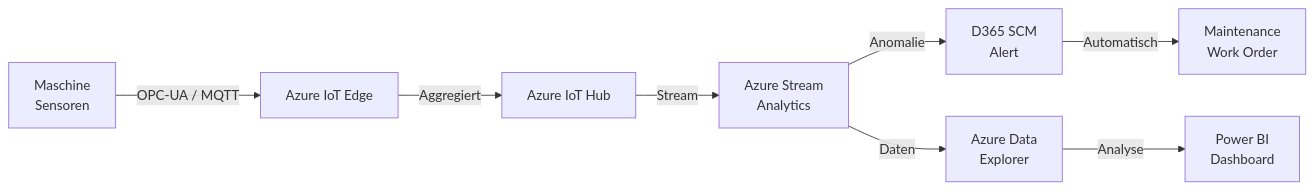
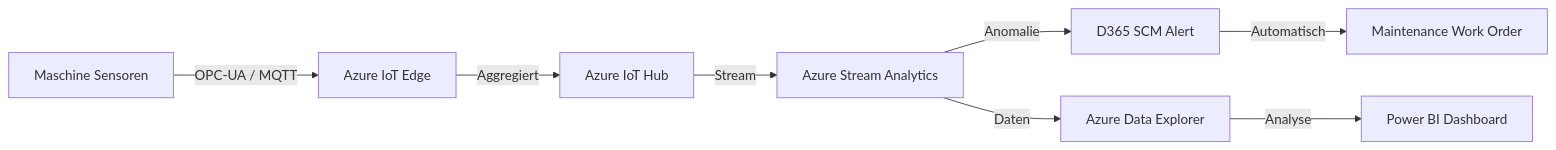
The seventh of 7 diagrams in Microsoft 365/Dynamics 365/Dynamics 365 Supply Chain Management.md (SoniiiT/notes-n-docs), drawn with Mermaid before and after one commit. The commit also changed other lines of this file and 124 other files, not shown here.

First line of the commit message:
fix: Entferne \n aus allen Mermaid-Diagrammen (125 Dateien)

````diff
--- a/Microsoft 365/Dynamics 365/Dynamics 365 Supply Chain Management.md
+++ b/Microsoft 365/Dynamics 365/Dynamics 365 Supply Chain Management.md
@@ -248,10 +248,10 @@
 ```mermaid
 graph LR
-    MACH[Maschine\nSensoren] -->|OPC-UA / MQTT| IOTEDGE[Azure IoT Edge]
+    MACH[Maschine Sensoren] -->|OPC-UA / MQTT| IOTEDGE[Azure IoT Edge]
     IOTEDGE -->|Aggregiert| IOTHUB[Azure IoT Hub]
-    IOTHUB -->|Stream| ASA[Azure Stream\nAnalytics]
-    ASA -->|Anomalie| D365A[D365 SCM\nAlert]
-    D365A -->|Automatisch| WO2[Maintenance\nWork Order]
-    ASA -->|Daten| ADX[Azure Data\nExplorer]
-    ADX -->|Analyse| PBI[Power BI\nDashboard]
+    IOTHUB -->|Stream| ASA[Azure Stream Analytics]
+    ASA -->|Anomalie| D365A[D365 SCM Alert]
+    D365A -->|Automatisch| WO2[Maintenance Work Order]
+    ASA -->|Daten| ADX[Azure Data Explorer]
+    ADX -->|Analyse| PBI[Power BI Dashboard]
 ```
````
